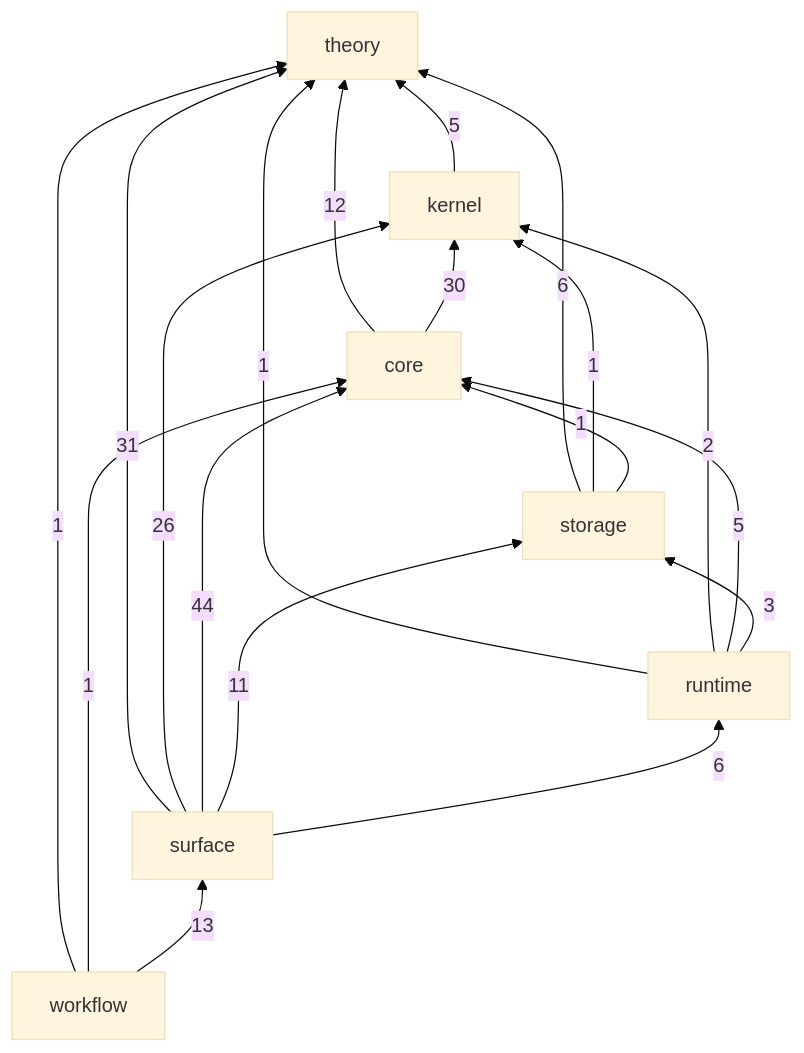
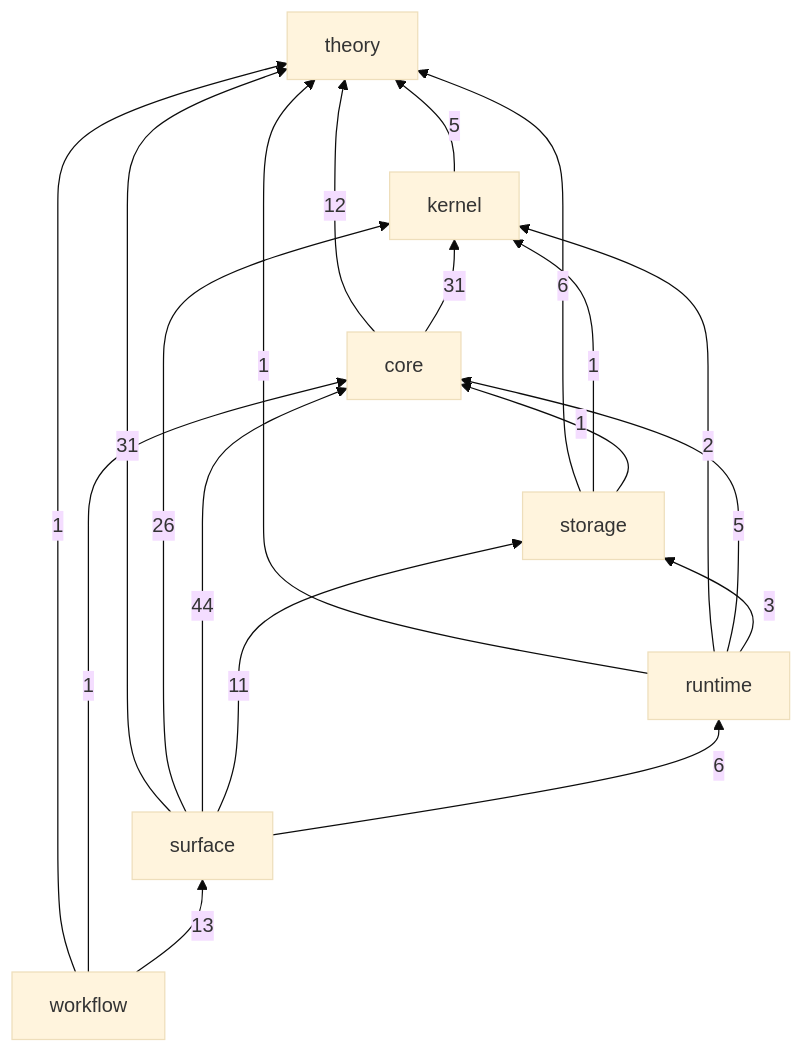
Before and after one commit to gandr-lang/gandr: the diagram in ledger/README.md, drawn with Mermaid (base theme). The commit also changed 15 other files, not shown here.

````diff
--- a/ledger/README.md
+++ b/ledger/README.md
@@ -28,28 +28,28 @@
 ```mermaid
 flowchart BT
   theory
   kernel
   core
   storage
   runtime
   surface
   workflow
   kernel -->|5| theory
   core -->|12| theory
-  core -->|30| kernel
+  core -->|31| kernel
   storage -->|6| theory
   storage -->|1| kernel
   storage -->|1| core
   runtime -->|1| theory
   runtime -->|2| kernel
   runtime -->|5| core
   runtime -->|3| storage
   surface -->|31| theory
   surface -->|26| kernel
   surface -->|44| core
   surface -->|11| storage
   surface -->|6| runtime
   workflow -->|1| theory
   workflow -->|1| core
   workflow -->|13| surface
 ```
````
